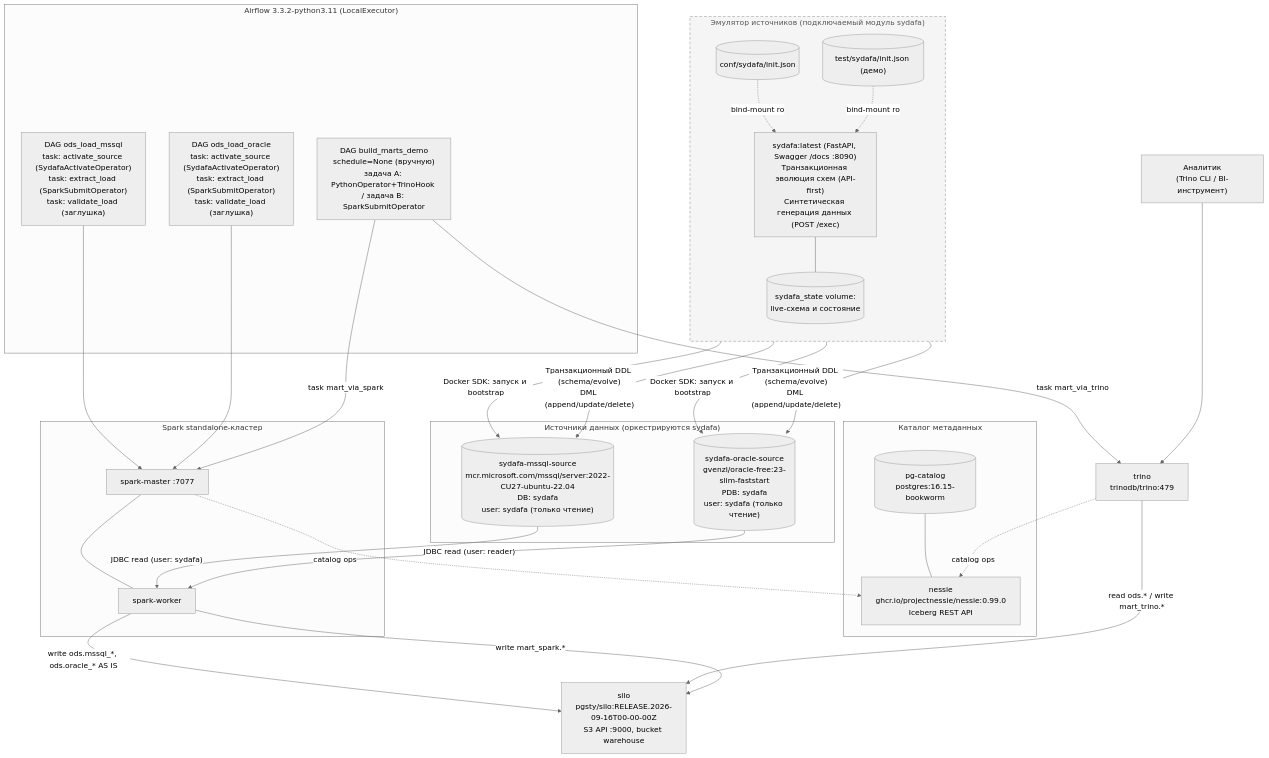
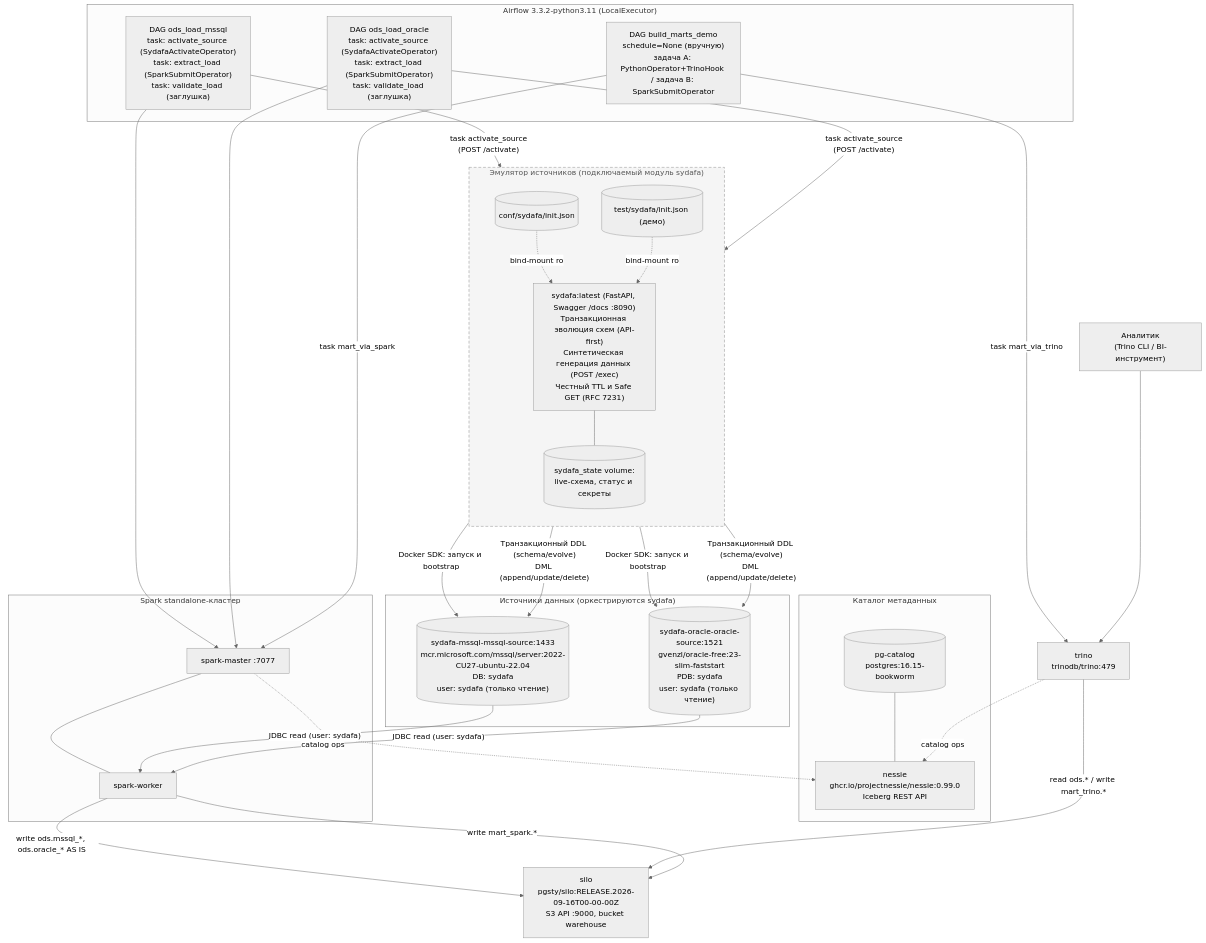
The diagram in README.md (georgekochergin/datalake_stand), drawn with Mermaid (neutral theme) before and after one commit. The commit also changed other lines of this file, not shown here.

Commit message:
docs: update datalake_stand README with sydafa plugin, safe get and test details

````diff
--- a/README.md
+++ b/README.md
@@ -26,64 +26,67 @@
 ```mermaid
 flowchart TB
     ANALYST["Аналитик\n(Trino CLI / BI-инструмент)"]
 
     subgraph Sources["Источники данных (оркестрируются sydafa)"]
-        MSSQL[("sydafa-mssql-source\nmcr.microsoft.com/mssql/server:2022-CU27-ubuntu-22.04\nDB: sydafa\nuser: sydafa (только чтение)")]
-        ORA[("sydafa-oracle-source\ngvenzl/oracle-free:23-slim-faststart\nPDB: sydafa\nuser: sydafa (только чтение)")]
+        MSSQL[("sydafa-mssql-mssql-source:1433\nmcr.microsoft.com/mssql/server:2022-CU27-ubuntu-22.04\nDB: sydafa\nuser: sydafa (только чтение)")]
+        ORA[("sydafa-oracle-oracle-source:1521\ngvenzl/oracle-free:23-slim-faststart\nPDB: sydafa\nuser: sydafa (только чтение)")]
     end
 
     subgraph SydafaService["Эмулятор источников (подключаемый модуль sydafa)"]
         direction TB
         CFG1[("conf/sydafa/init.json")]
         CFG2[("test/sydafa/init.json (демо)")]
-        API["sydafa:latest (FastAPI, Swagger /docs :8090)\nТранзакционная эволюция схем (API-first)\nСинтетическая генерация данных (POST /exec)"]
-        STATE[("sydafa_state volume:\nlive-схема и состояние")]
+        API["sydafa:latest (FastAPI, Swagger /docs :8090)\nТранзакционная эволюция схем (API-first)\nСинтетическая генерация данных (POST /exec)\nЧестный TTL и Safe GET (RFC 7231)"]
+        STATE[("sydafa_state volume:\nlive-схема, статус и секреты")]
         CFG1 -. "bind-mount ro" .-> API
         CFG2 -. "bind-mount ro" .-> API
         API --- STATE
     end
 
     subgraph Catalog["Каталог метаданных"]
         PGC[("pg-catalog\npostgres:16.15-bookworm")]
         NESSIE["nessie\nghcr.io/projectnessie/nessie:0.99.0\nIceberg REST API"]
         PGC --- NESSIE
     end
 
     SILO["silo\npgsty/silo:RELEASE.2026-09-16T00-00-00Z\nS3 API :9000, bucket warehouse"]
 
     subgraph SparkCluster["Spark standalone-кластер"]
         SM["spark-master :7077"]
         SW["spark-worker"]
         SM --- SW
     end
 
     TRINO["trino\ntrinodb/trino:479"]
 
     subgraph Orchestration["Airflow 3.3.2-python3.11 (LocalExecutor)"]
         D1["DAG ods_load_mssql\ntask: activate_source (SydafaActivateOperator)\ntask: extract_load (SparkSubmitOperator)\ntask: validate_load (заглушка)"]
         D2["DAG ods_load_oracle\ntask: activate_source (SydafaActivateOperator)\ntask: extract_load (SparkSubmitOperator)\ntask: validate_load (заглушка)"]
         D3["DAG build_marts_demo\nschedule=None (вручную)\nзадача A: PythonOperator+TrinoHook / задача B: SparkSubmitOperator"]
     end
 
     API -- "Docker SDK: запуск и bootstrap" --> MSSQL
     API -- "Docker SDK: запуск и bootstrap" --> ORA
     API -- "Транзакционный DDL (schema/evolve)\nDML (append/update/delete)" --> MSSQL
     API -- "Транзакционный DDL (schema/evolve)\nDML (append/update/delete)" --> ORA
 
+    D1 -- "task activate_source\n(POST /activate)" --> API
+    D2 -- "task activate_source\n(POST /activate)" --> API
+
     D1 --> SM
     D2 --> SM
     MSSQL -- "JDBC read (user: sydafa)" --> SW
-    ORA -- "JDBC read (user: reader)" --> SW
+    ORA -- "JDBC read (user: sydafa)" --> SW
     SW -- "write ods.mssql_*, ods.oracle_* AS IS" --> SILO
     SM -. "catalog ops" .-> NESSIE
 
     D3 -- "task mart_via_trino" --> TRINO
     D3 -- "task mart_via_spark" --> SM
     TRINO -. "catalog ops" .-> NESSIE
     TRINO -- "read ods.* / write mart_trino.*" --> SILO
     SW -- "write mart_spark.*" --> SILO
 
     ANALYST --> TRINO
 
     style SydafaService stroke-dasharray: 6 4,stroke:#888,fill:#f5f5f5,color:#555
 ```
````
